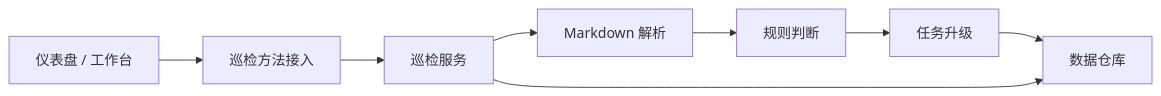
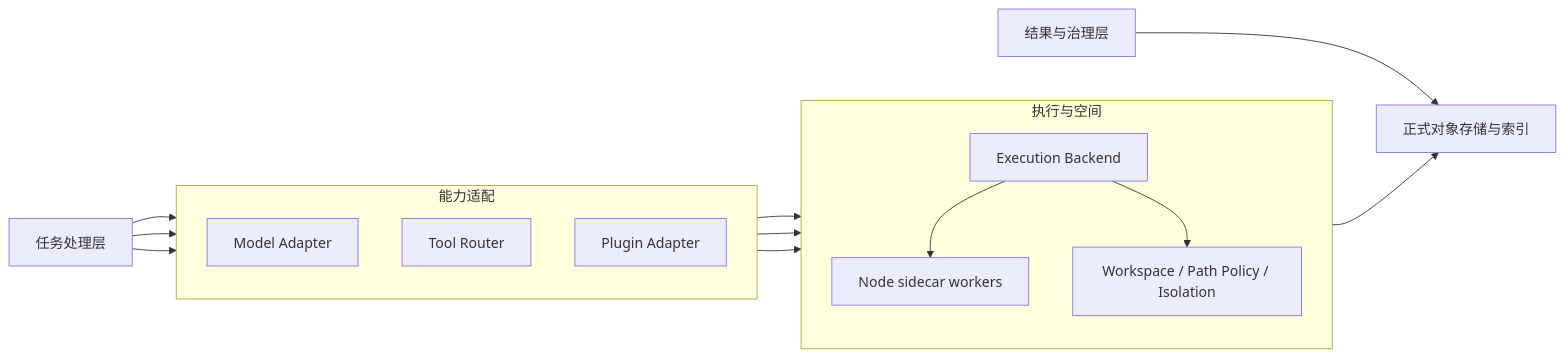
One commit to Blackcloudss/CialloClaw changed diagram 15 of 20 in docs/architecture-overview.md. Above: the diagram before and after it, drawn with Mermaid. The commit also changed other lines of this file, not shown here.

Commit message:
Update architecture design document

````diff
--- a/docs/architecture-overview.md
+++ b/docs/architecture-overview.md
@@ -826,13 +853,32 @@
 ```mermaid
 flowchart LR
-    A[仪表盘 / 工作台]
-    B[巡检方法接入]
-    C[巡检服务]
-    D[Markdown 解析]
-    E[规则判断]
-    F[任务升级]
-    G[数据仓库]
+    T[任务处理层]
+    G[结果与治理层]
 
-    A --> B --> C --> D --> E --> F --> G
-    C --> G
+    C1[正式对象存储与索引]
+
+    subgraph ADAPTER[能力适配]
+        direction TB
+        C2a[Model Adapter]
+        C2b[Tool Router]
+        C2c[Plugin Adapter]
+    end
+
+    subgraph EXEC[执行与空间]
+        direction TB
+        C3a[Execution Backend]
+        C3b[Node sidecar workers]
+        C3c[Workspace / Path Policy / Isolation]
+    end
+
+    T --> C2a
+    T --> C2b
+    T --> C2c
+    C2a --> C3a
+    C2b --> C3a
+    C2c --> C3a
+    C3a --> C3b
+    C3a --> C3c
+    G --> C1
+    C3c --> C1
 ```
````
